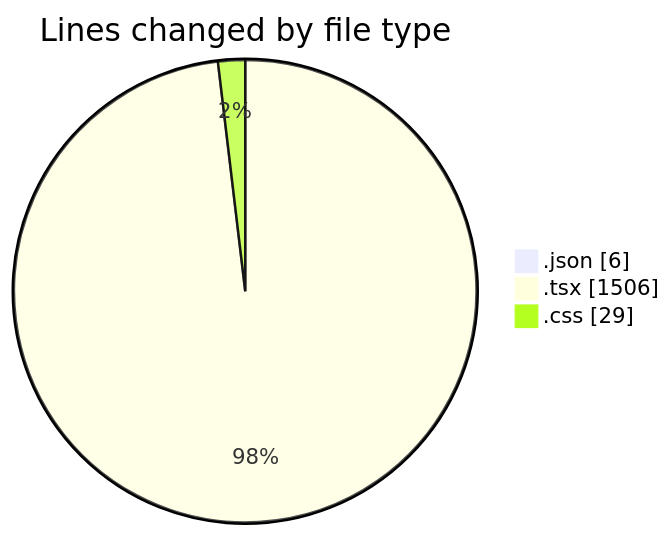
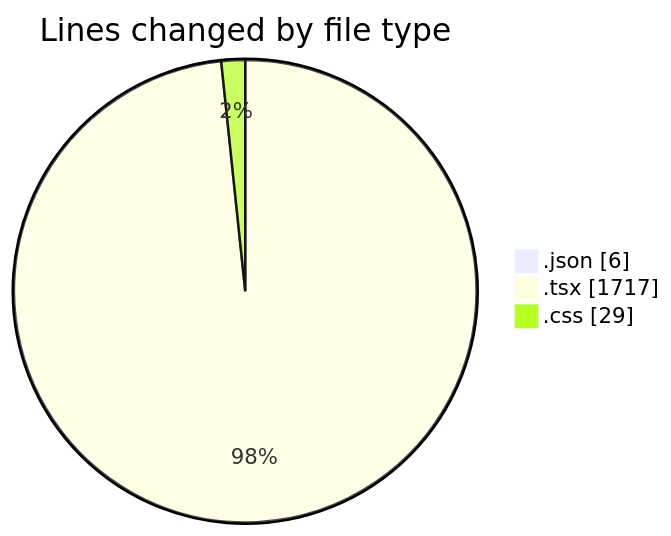
Before and after one commit to Elitesun/code-tracking: the first of 2 diagrams in 2025-04-07/sungpt/README.md, drawn with Mermaid. The commit also changed other lines of this file and 1 other file, not shown here.

````diff
--- a/2025-04-07/sungpt/README.md
+++ b/2025-04-07/sungpt/README.md
@@ -27,7 +27,7 @@
 ```mermaid
 pie showData
 title Lines changed by file type
 ".json" : 6
-".tsx" : 1506
+".tsx" : 1717
 ".css" : 29
 ```
````
